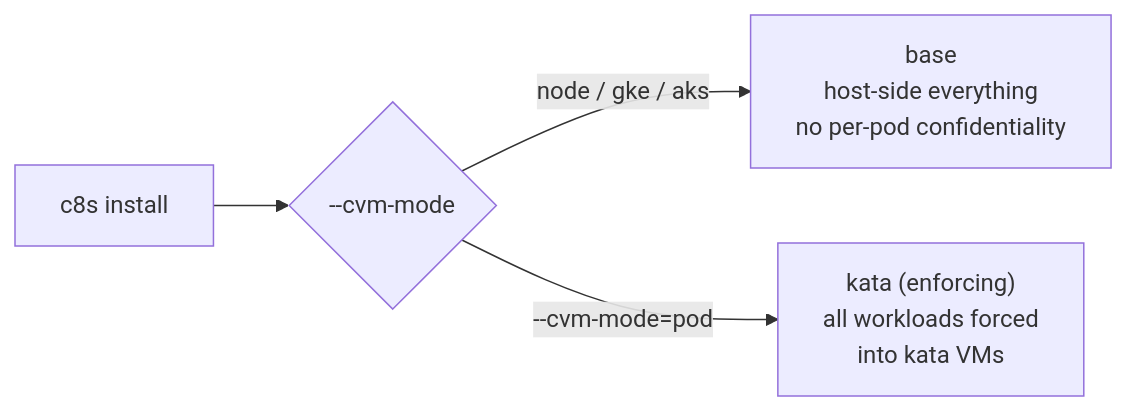
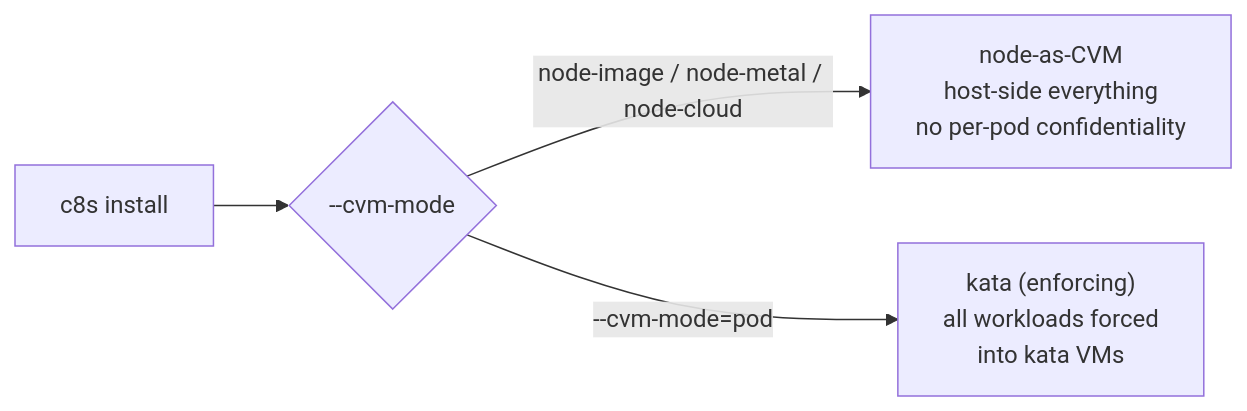
One commit to confidential-dot-ai/c8s changed the first of 6 diagrams in docs/install-flows.md. Above: the diagram before and after it, drawn with Mermaid. The commit also changed other lines of this file and 240 other files, not shown here.

````diff
--- a/docs/install-flows.md
+++ b/docs/install-flows.md
@@ -40,6 +44,6 @@
 ```mermaid
 flowchart LR
     A["c8s install"] --> B{--cvm-mode}
-    B -->|"node / gke / aks"| BASE["base<br/>host-side everything<br/>no per-pod confidentiality"]
+    B -->|"node-image / node-metal / node-cloud"| NODE["node-as-CVM<br/>host-side everything<br/>no per-pod confidentiality"]
     B -->|"--cvm-mode=pod"| KATA["kata (enforcing)<br/>all workloads forced<br/>into kata VMs"]
 ```
````
